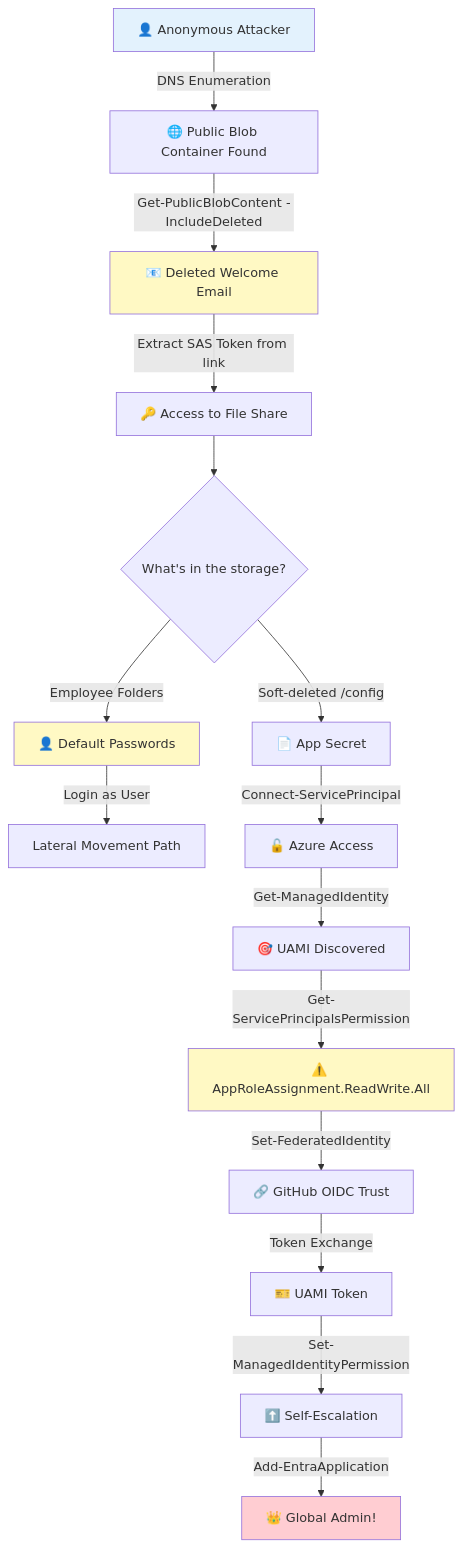
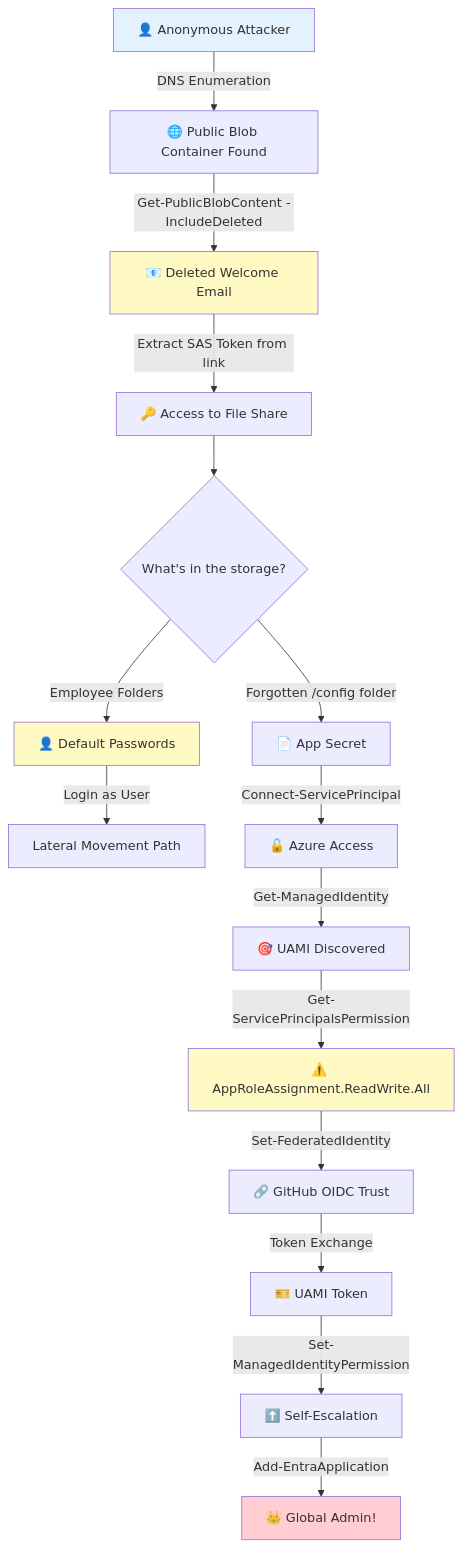
Before and after one commit to azurekid/mc2-connect: the second of 7 diagrams in README.md, drawn with Mermaid. The commit also changed other lines of this file, not shown here.

````diff
--- a/README.md
+++ b/README.md
@@ -70,27 +70,27 @@
 ```mermaid
 flowchart TD
     A[👤 Anonymous Attacker] -->|DNS Enumeration| B[🌐 Public Blob Container Found]
     B -->|Get-PublicBlobContent -IncludeDeleted| C[📧 Deleted Welcome Email]
     C -->|Extract SAS Token from link| D[🔑 Access to File Share]
     
     D --> E{What's in the storage?}
     
     E -->|Employee Folders| F[👤 Default Passwords]
-    E -->|Soft-deleted /config| G[📄 App Secret]
+    E -->|Forgotten /config folder| G[📄 App Secret]
     
     F -->|Login as User| H[Lateral Movement Path]
     
     G -->|Connect-ServicePrincipal| I[🔓 Azure Access]
     I -->|Get-ManagedIdentity| J[🎯 UAMI Discovered]
     J -->|Get-ServicePrincipalsPermission| K[⚠️ AppRoleAssignment.ReadWrite.All]
     K -->|Set-FederatedIdentity| L[🔗 GitHub OIDC Trust]
     L -->|Token Exchange| M[🎫 UAMI Token]
     M -->|Set-ManagedIdentityPermission| N[⬆️ Self-Escalation]
     N -->|Add-EntraApplication| O[👑 Global Admin!]
 
     style A fill:#e3f2fd
     style O fill:#ffcdd2
     style K fill:#fff9c4
     style F fill:#fff9c4
     style C fill:#fff9c4
 ```
````
